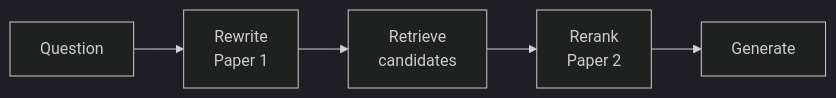
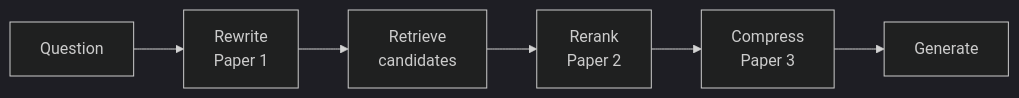
One commit to ajay-nikumbh/RAG-From-Basics-to-Production changed the diagram in 02. Advanced RAG/01. Notes/02. Research Paper Explained/README.md. Above: the diagram before and after it, drawn with Mermaid (dark theme). The commit also changed other lines of this file and 7 other files, not shown here.

````diff
--- a/02. Advanced RAG/01. Notes/02. Research Paper Explained/README.md
+++ b/02. Advanced RAG/01. Notes/02. Research Paper Explained/README.md
@@ -15,7 +16,8 @@
 ```mermaid
 flowchart LR
     Q[Question] --> RW[Rewrite<br/>Paper 1]
     RW --> R[Retrieve<br/>candidates]
     R --> RR[Rerank<br/>Paper 2]
-    RR --> G[Generate]
+    RR --> C[Compress<br/>Paper 3]
+    C --> G[Generate]
 ```
````
